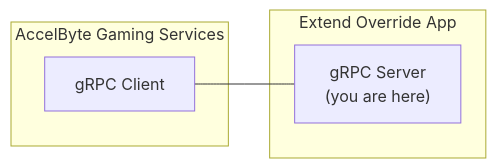
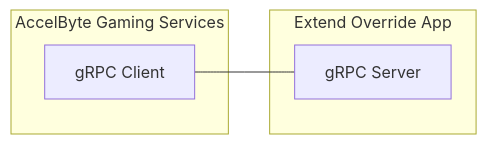
The diagram in README.md (AccelByte/cloudsave-validator-grpc-plugin-server-python), drawn with Mermaid before and after one commit.

Commit message:
docs(readme): fix mermaid diagram

````diff
--- a/README.md
+++ b/README.md
@@ -3,10 +3,10 @@
 ```mermaid
 flowchart LR
    subgraph AccelByte Gaming Services
    CL[gRPC Client]
    end
    subgraph Extend Override App
-   SV["gRPC Server\n(you are here)"]
+   SV["gRPC Server"]
    end
    CL --- SV
 ```
````
